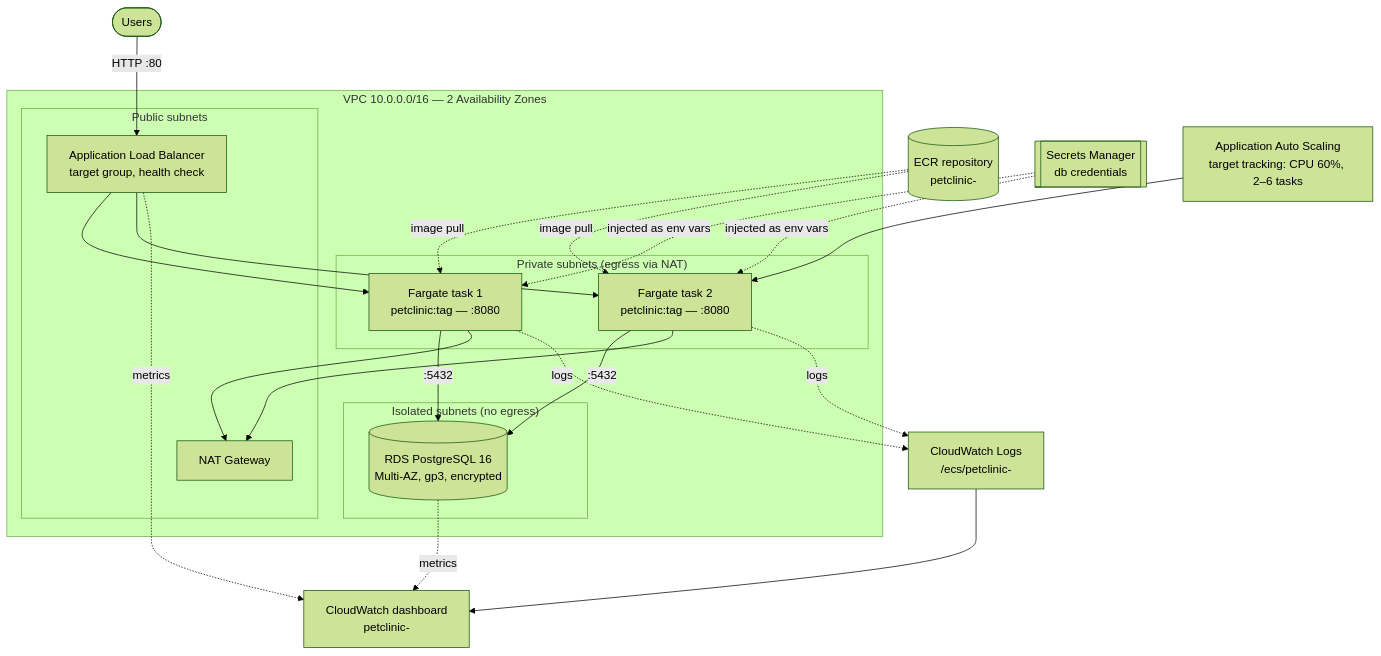
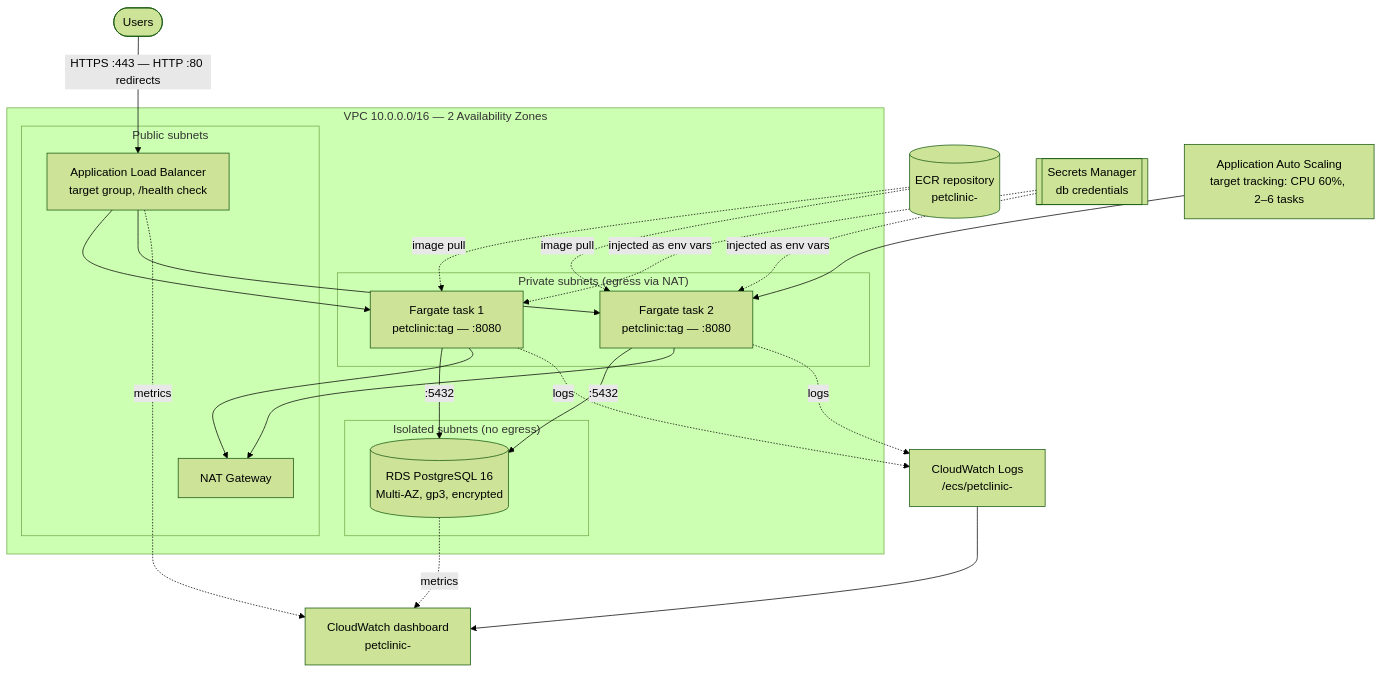
The diagram in infra/ARCHITECTURE.md (hmsiegel89/petclinic-aws-modernization), drawn with Mermaid (forest theme) before and after one commit. The commit also changed other lines of this file and 3 other files, not shown here.

Commit message:
Align CDK with modernized app: DB_URL env contract, /health checks, HTTPS listener

````diff
--- a/infra/ARCHITECTURE.md
+++ b/infra/ARCHITECTURE.md
@@ -9,39 +9,39 @@
 ```mermaid
 flowchart TB
-  user([Users]) -->|HTTP :80| alb
+  user([Users]) -->|HTTPS :443 — HTTP :80 redirects| alb
 
   subgraph vpc["VPC 10.0.0.0/16 — 2 Availability Zones"]
     subgraph public["Public subnets"]
-      alb["Application Load Balancer<br/>target group, health check"]
+      alb["Application Load Balancer<br/>target group, /health check"]
       nat["NAT Gateway"]
     end
 
     subgraph app["Private subnets (egress via NAT)"]
       t1["Fargate task 1<br/>petclinic:tag — :8080"]
       t2["Fargate task 2<br/>petclinic:tag — :8080"]
     end
 
     subgraph data["Isolated subnets (no egress)"]
       rds[("RDS PostgreSQL 16<br/>Multi-AZ, gp3, encrypted")]
     end
   end
 
   alb --> t1
   alb --> t2
   t1 -->|:5432| rds
   t2 -->|:5432| rds
   t1 --> nat
   t2 --> nat
 
   ecr[("ECR repository<br/>petclinic-<env>")] -.image pull.-> t1
   ecr -.image pull.-> t2
   sm[["Secrets Manager<br/>db credentials"]] -.injected as env vars.-> t1
   sm -.injected as env vars.-> t2
   t1 -.logs.-> cw["CloudWatch Logs<br/>/ecs/petclinic-<env>"]
   t2 -.logs.-> cw
   cw --> dash["CloudWatch dashboard<br/>petclinic-<env>"]
   alb -.metrics.-> dash
   rds -.metrics.-> dash
 
   asg["Application Auto Scaling<br/>target tracking: CPU 60%, 2–6 tasks"] --> t2
 ```
````
